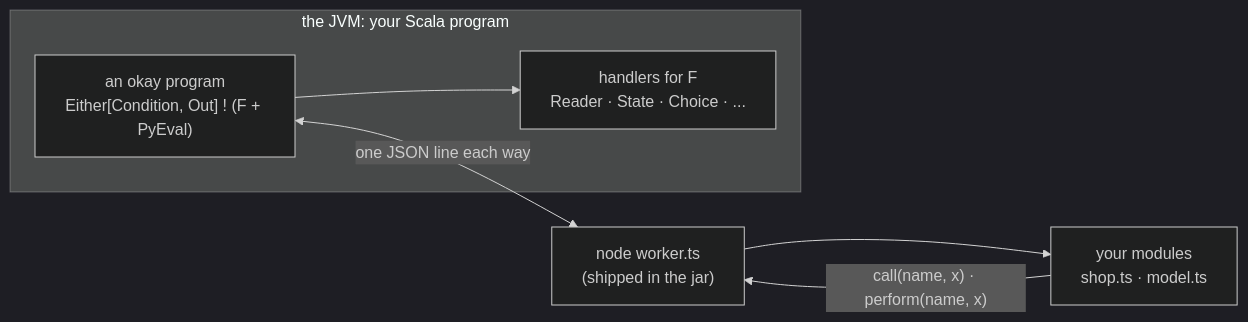
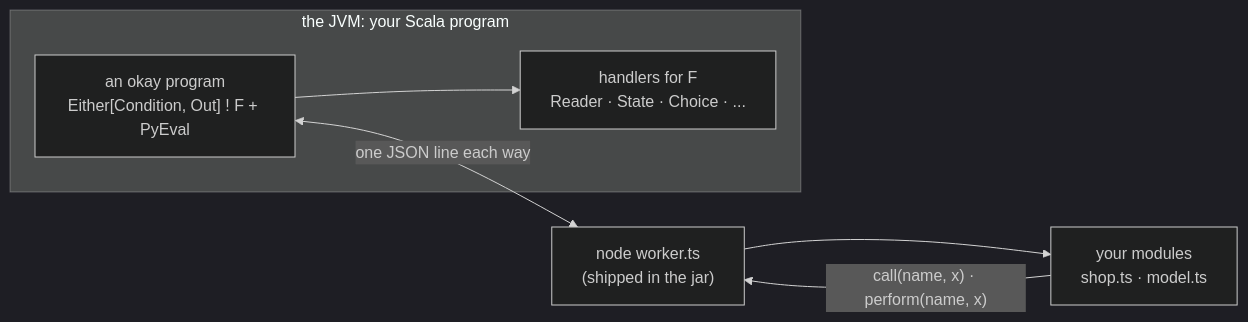
Before and after one commit to sergey-scherbina/okay: the diagram in docs/typescript.md, drawn with Mermaid (dark theme). The commit also changed 205 other files, not shown here.

````diff
--- a/docs/typescript.md
+++ b/docs/typescript.md
@@ -520,13 +520,13 @@
 ```mermaid
 flowchart LR
   subgraph JVM["the JVM: your Scala program"]
-    P["an okay program<br/>Either[Condition, Out] ! (F + PyEval)"]
+    P["an okay program<br/>Either[Condition, Out] ! F + PyEval"]
     F["handlers for F<br/>Reader · State · Choice · ..."]
     P --> F
   end
   W["node worker.ts<br/>(shipped in the jar)"]
   M["your modules<br/>shop.ts · model.ts"]
   P <-->|"one JSON line each way"| W
   W --> M
   M -->|"call(name, x) · perform(name, x)"| W
 ```
````
